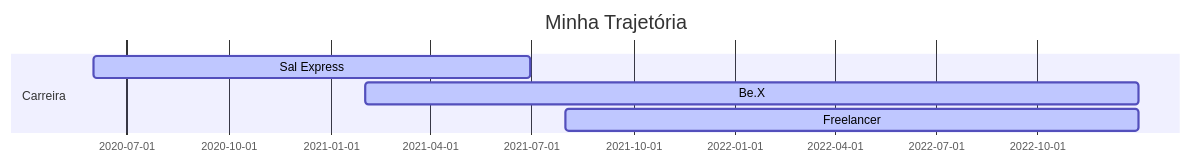
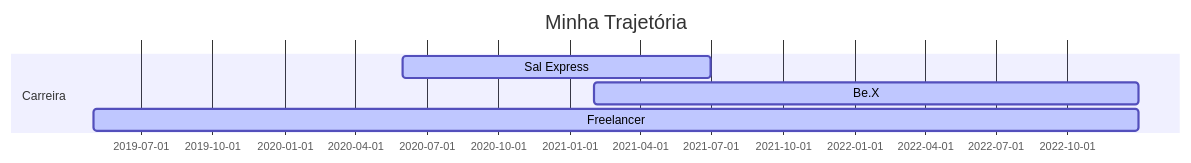
One commit to julioszeferino/julioszeferino changed the diagram in README.md. Above: the diagram before and after it, drawn with Mermaid. The commit also changed other lines of this file, not shown here.

````diff
--- a/README.md
+++ b/README.md
@@ -8,12 +8,12 @@
 ```mermaid
 
 gantt
 dateFormat  YYYY-MM-DD
 title Minha Trajetória
 
 section Carreira
 Sal Express           :active,, 2020-06-01,2021-06-30
 Be.X                  :active,, 2021-02-01,2022-12-31
-Freelancer   :active,, 2021-08-01,2022-12-31
+Freelancer   :active,, 2019-05-01,2022-12-31
 
 ```
````
